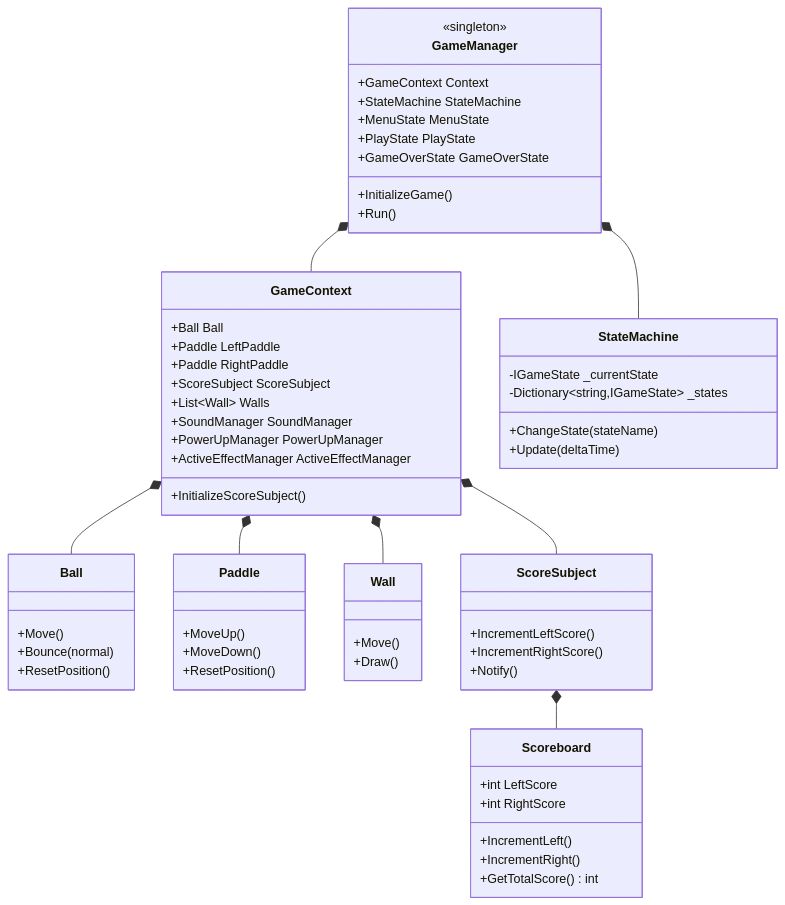
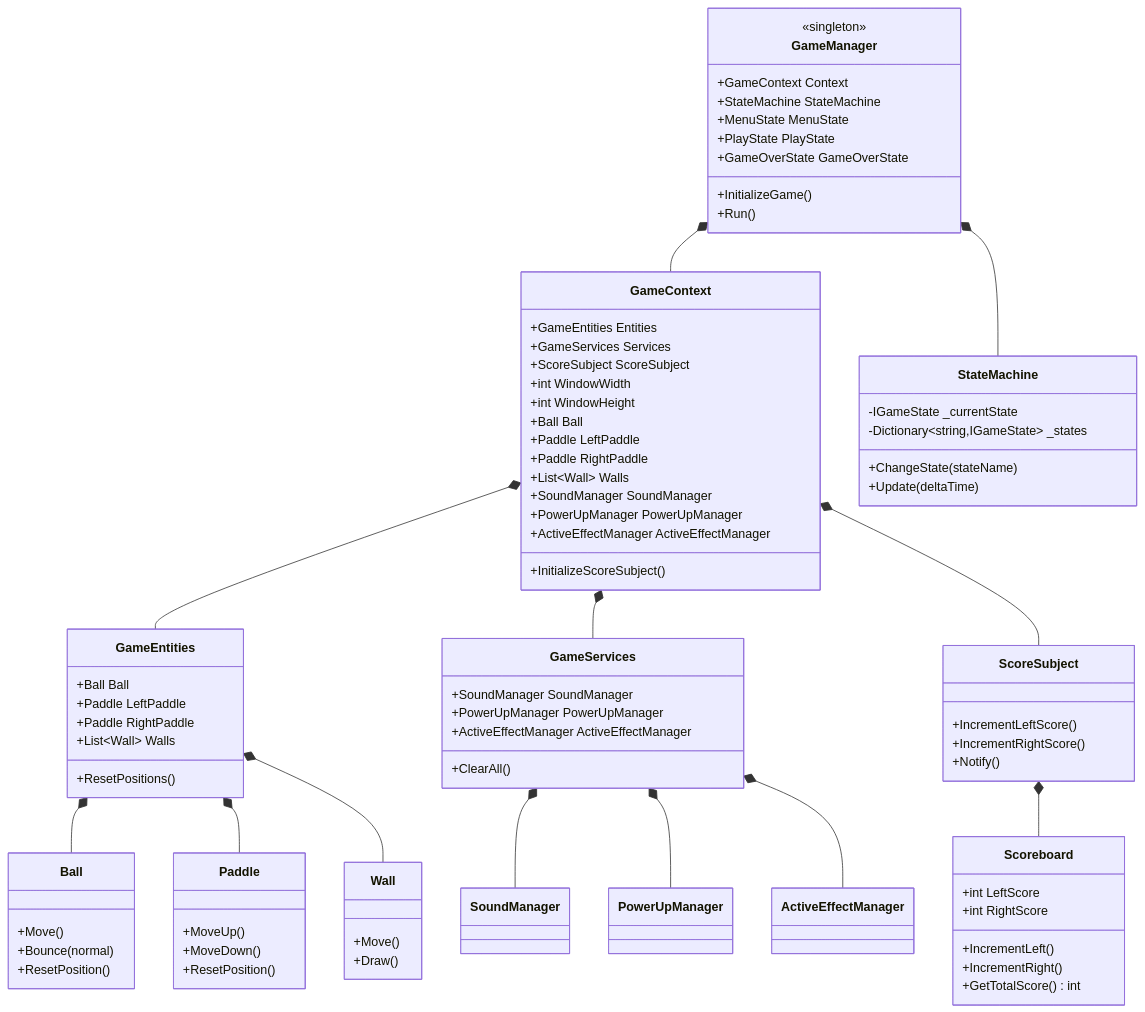
Before and after one commit to 105727702/pong_game_c-1: the eighth of 14 diagrams in pong_game/UML_DIAGRAM_MERMAID.md, drawn with Mermaid. The commit also changed other lines of this file and 9 other files, not shown here.

````diff
--- a/pong_game/UML_DIAGRAM_MERMAID.md
+++ b/pong_game/UML_DIAGRAM_MERMAID.md
@@ -338,15 +336,34 @@
     }
     
     class GameContext {
+        +GameEntities Entities
+        +GameServices Services
+        +ScoreSubject ScoreSubject
+        +int WindowWidth
+        +int WindowHeight
         +Ball Ball
         +Paddle LeftPaddle
         +Paddle RightPaddle
-        +ScoreSubject ScoreSubject
         +List~Wall~ Walls
         +SoundManager SoundManager
         +PowerUpManager PowerUpManager
         +ActiveEffectManager ActiveEffectManager
         +InitializeScoreSubject()
+    }
+    
+    class GameEntities {
+        +Ball Ball
+        +Paddle LeftPaddle
+        +Paddle RightPaddle
+        +List~Wall~ Walls
+        +ResetPositions()
+    }
+    
+    class GameServices {
+        +SoundManager SoundManager
+        +PowerUpManager PowerUpManager
+        +ActiveEffectManager ActiveEffectManager
+        +ClearAll()
     }
     
     class StateMachine {
@@ -389,9 +406,14 @@
     
     GameManager *-- GameContext
     GameManager *-- StateMachine
-    GameContext *-- Ball
-    GameContext *-- Paddle
-    GameContext *-- Wall
+    GameContext *-- GameEntities
+    GameContext *-- GameServices
     GameContext *-- ScoreSubject
+    GameEntities *-- Ball
+    GameEntities *-- Paddle
+    GameEntities *-- Wall
+    GameServices *-- SoundManager
+    GameServices *-- PowerUpManager
+    GameServices *-- ActiveEffectManager
     ScoreSubject *-- Scoreboard
 ```
````
